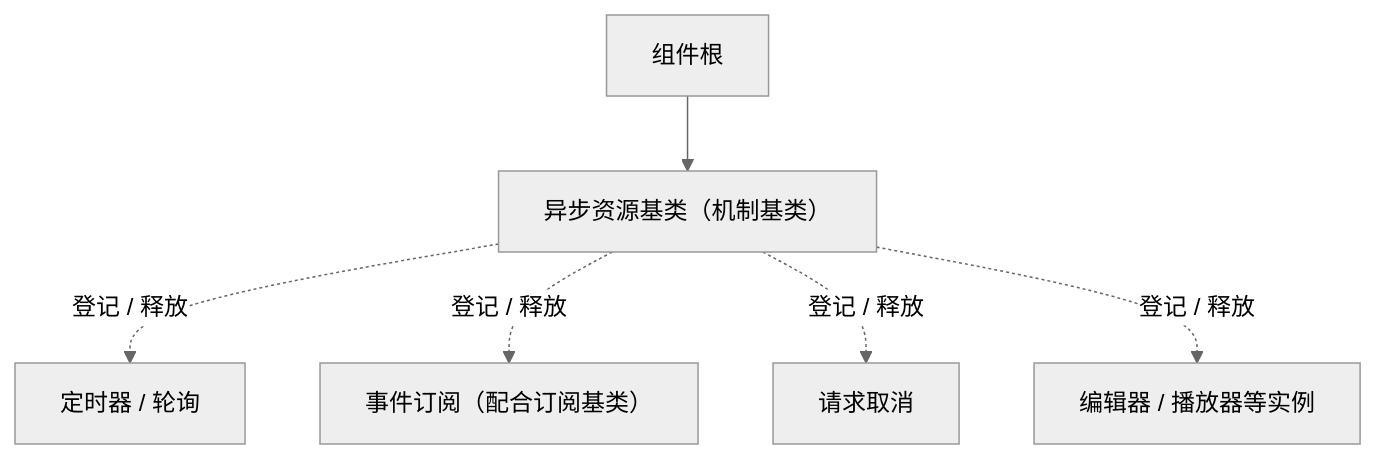
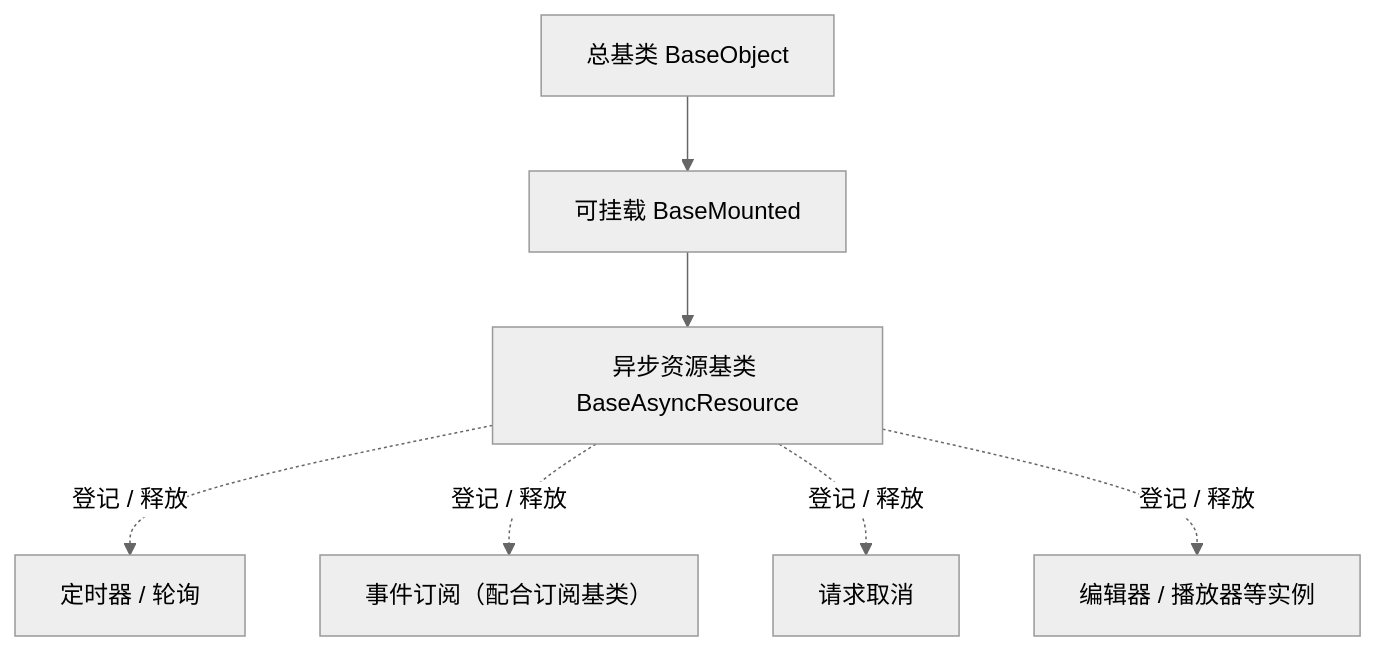
Before and after one commit to minjian123/basic-management-system: the diagram in bms文档/设计/组件设计/02_基础组件类/01_机制基类/05_组件设计_异步资源基类/05_组件设计_异步资源基类.md, drawn with Mermaid (neutral theme). The commit also changed other lines of this file and 126 other files, not shown here.

````diff
--- a/bms文档/设计/组件设计/02_基础组件类/01_机制基类/05_组件设计_异步资源基类/05_组件设计_异步资源基类.md
+++ b/bms文档/设计/组件设计/02_基础组件类/01_机制基类/05_组件设计_异步资源基类/05_组件设计_异步资源基类.md
@@ -16,8 +16,9 @@
 ```mermaid
 flowchart TD
-    COMP["组件根"] --> AR["异步资源基类（机制基类）"]
+    OBJ["总基类 BaseObject"] --> MO["可挂载 BaseMounted"]
+    MO --> AR["异步资源基类 BaseAsyncResource"]
     AR -. "登记 / 释放" .-> T["定时器 / 轮询"]
     AR -. "登记 / 释放" .-> S["事件订阅（配合订阅基类）"]
     AR -. "登记 / 释放" .-> R["请求取消"]
     AR -. "登记 / 释放" .-> E["编辑器 / 播放器等实例"]
 ```
````
